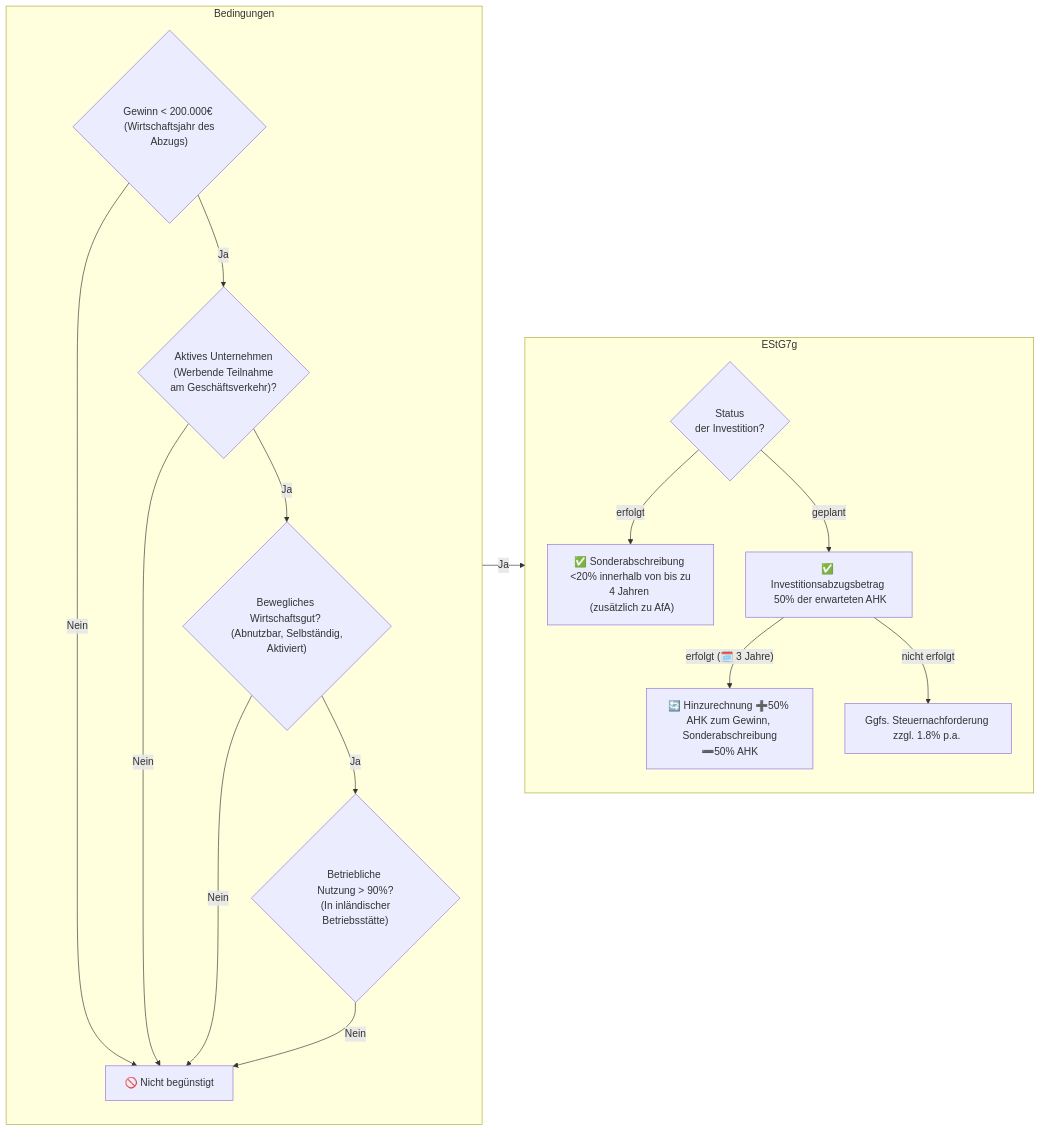
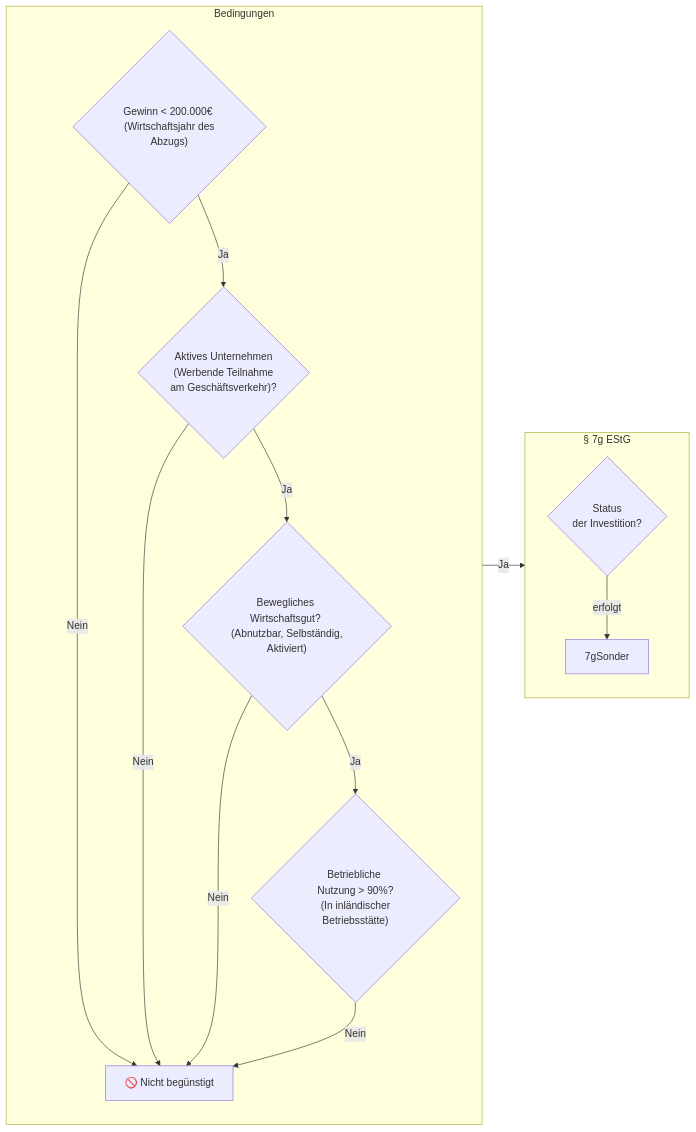
One commit to maxheld83/steuerFlow changed the seventh of 7 diagrams in README.md. Above: the diagram before and after it, drawn with Mermaid.

Commit message:
bin search

````diff
--- a/README.md
+++ b/README.md
@@ -60,30 +60,23 @@
 ```mermaid
 graph LR;
   subgraph Bedingungen;
     direction TB;
     istKMU{"Gewinn < 200.000€ \n (Wirtschaftsjahr des Abzugs)"};
     istKMU -- Nein --> keineSA["🚫 Nicht begünstigt"];
     istKMU -- Ja --> istAktiv;
     istAktiv{"Aktives Unternehmen \n (Werbende Teilnahme \n am Geschäftsverkehr)?"};
     istAktiv -- Nein --> keineSA;
     istAktiv -- Ja --> istBeweg;
     istBeweg{"Bewegliches Wirtschaftsgut? \n (Abnutzbar, Selbständig, Aktiviert)"};
     istBeweg -- Nein --> keineSA;
     istBeweg -- Ja --> ist90;
     ist90{"Betriebliche \n Nutzung > 90%? \n (In inländischer Betriebsstätte)"};
     ist90 -- Nein --> keineSA;
   end;
-  subgraph EStG7g;
+  subgraph EStG7g ["§ 7g EStG"];
     direction TB;
     ist90 -- Ja --> statusInv;
     statusInv{"Status \n der Investition?"};
     statusInv -- erfolgt --> 7gSonder;
-    7gSonder["✅ Sonderabschreibung \n <20% innerhalb von bis zu 4 Jahren \n (zusätzlich zu AfA)"];
-    statusInv -- geplant --> 7gInvAbzug;
-    7gInvAbzug["✅ Investitionsabzugsbetrag \n 50% der erwarteten AHK "];
-    7gInvAbzug -- erfolgt (🗓️ 3 Jahre) --> 7gInvAbzugErfolg;
-    7gInvAbzugErfolg["🔄 Hinzurechnung ➕50% AHK zum Gewinn, \n Sonderabschreibung ➖50% AHK"];
-    7gInvAbzugRueckz["Ggfs. Steuernachforderung zzgl. 1.8% p.a. \n "];
-    7gInvAbzug -- nicht erfolgt --> 7gInvAbzugRueckz;
   end;
 ```
````
